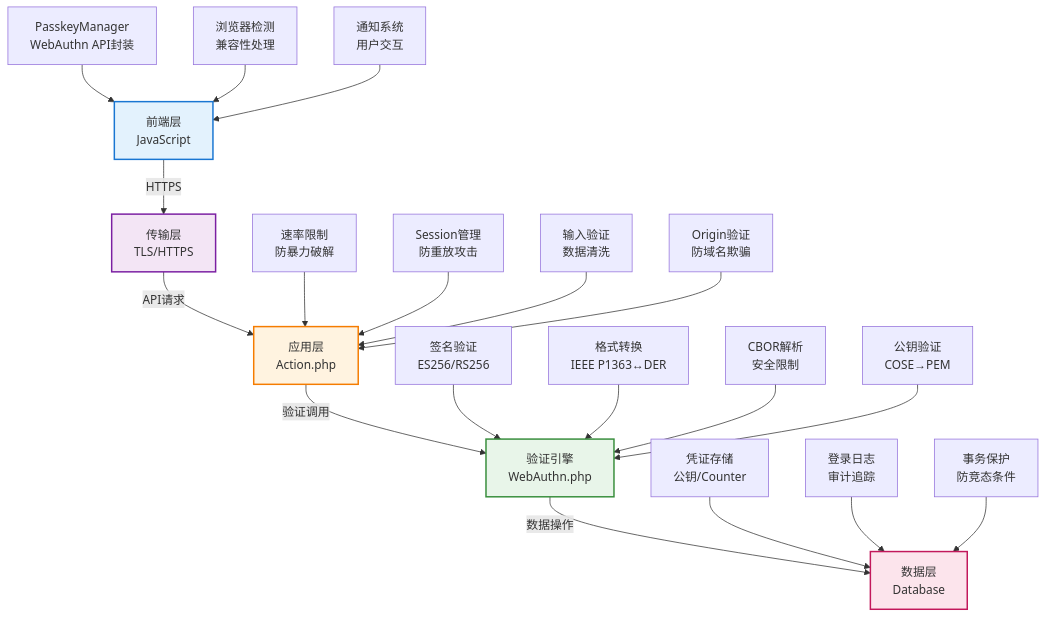
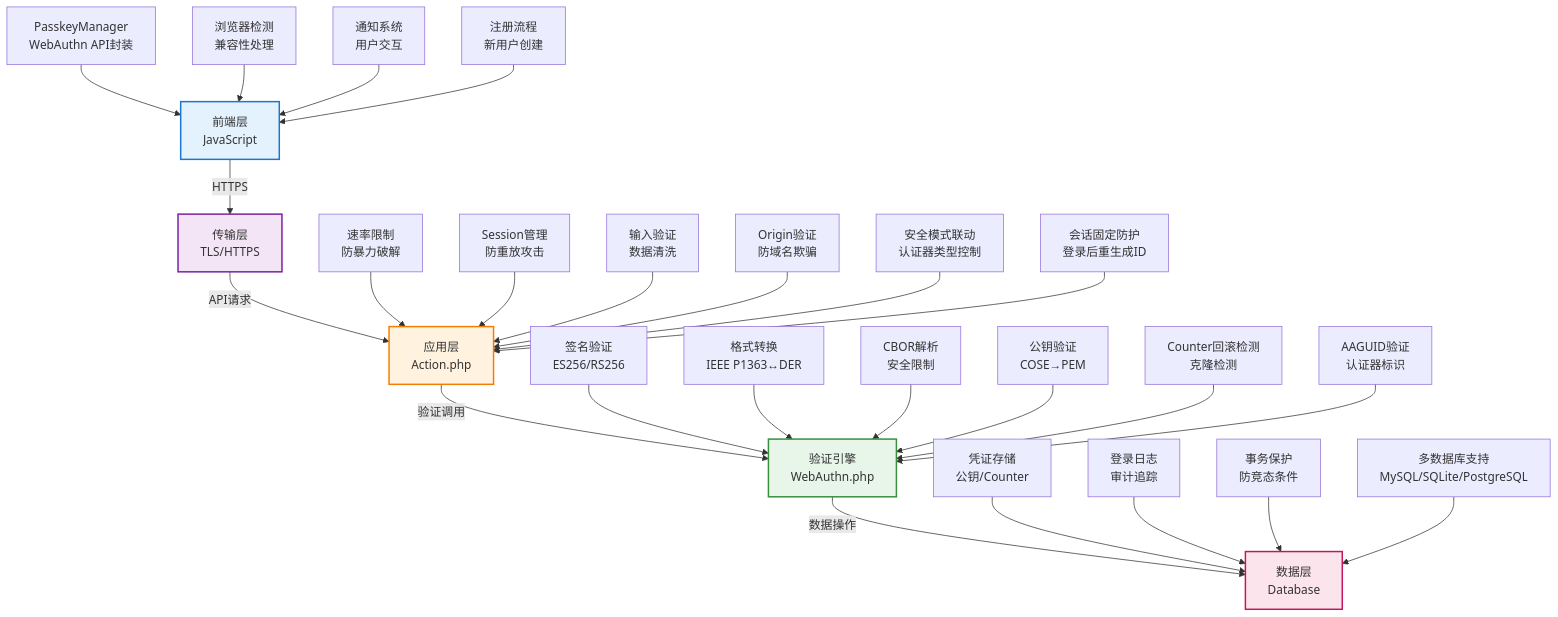
One commit to little-gt/Passkey changed the first of 4 diagrams in README.md. Above: the diagram before and after it, drawn with Mermaid. The commit also changed other lines of this file and 6 other files, not shown here.

````diff
--- a/README.md
+++ b/README.md
@@ -104,31 +107,37 @@
 ```mermaid
 graph TD
     A[前端层<br>JavaScript] --> |HTTPS| B[传输层<br>TLS/HTTPS]
     B --> |API请求| C[应用层<br>Action.php]
     C --> |验证调用| D[验证引擎<br>WebAuthn.php]
     D --> |数据操作| E[数据层<br>Database]
     
     A1[PasskeyManager<br>WebAuthn API封装] --> A
     A2[浏览器检测<br>兼容性处理] --> A
     A3[通知系统<br>用户交互] --> A
+    A4[注册流程<br>新用户创建] --> A
     
     C1[速率限制<br>防暴力破解] --> C
     C2[Session管理<br>防重放攻击] --> C
     C3[输入验证<br>数据清洗] --> C
     C4[Origin验证<br>防域名欺骗] --> C
+    C5[安全模式联动<br>认证器类型控制] --> C
+    C6[会话固定防护<br>登录后重生成ID] --> C
     
     D1[签名验证<br>ES256/RS256] --> D
     D2[格式转换<br>IEEE P1363↔DER] --> D
     D3[CBOR解析<br>安全限制] --> D
     D4[公钥验证<br>COSE→PEM] --> D
+    D5[Counter回滚检测<br>克隆检测] --> D
+    D6[AAGUID验证<br>认证器标识] --> D
     
     E1[凭证存储<br>公钥/Counter] --> E
     E2[登录日志<br>审计追踪] --> E
     E3[事务保护<br>防竞态条件] --> E
+    E4[多数据库支持<br>MySQL/SQLite/PostgreSQL] --> E
     
     style A fill:#e3f2fd,stroke:#1976d2,stroke-width:2px
     style B fill:#f3e5f5,stroke:#7b1fa2,stroke-width:2px
     style C fill:#fff3e0,stroke:#f57c00,stroke-width:2px
     style D fill:#e8f5e9,stroke:#388e3c,stroke-width:2px
     style E fill:#fce4ec,stroke:#c2185b,stroke-width:2px
 ```
````
